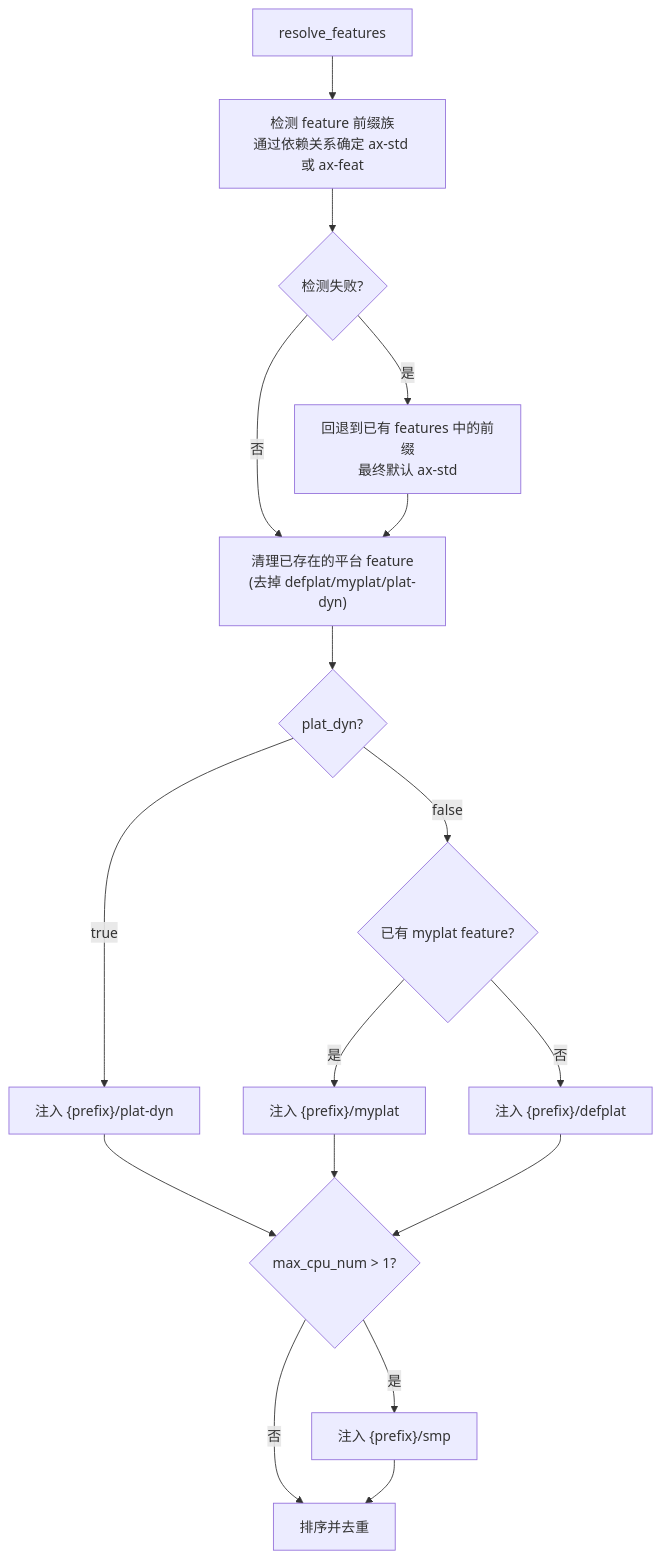
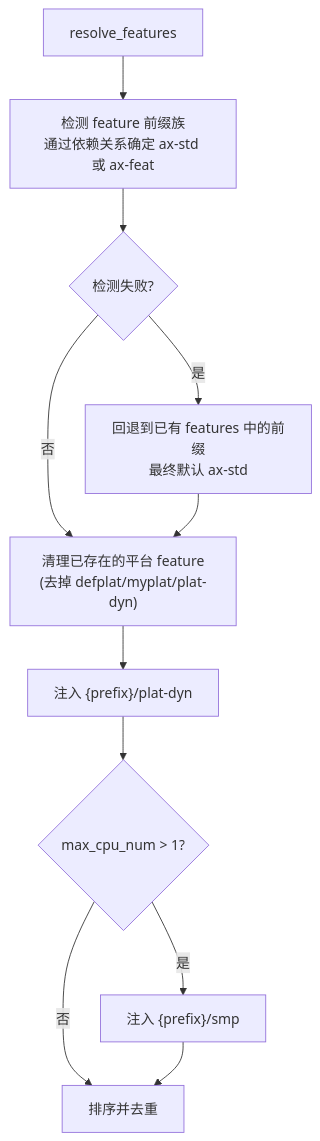
The fourth of 6 diagrams in docs/docs/build/build.md (rcore-os/tgoskits), drawn with Mermaid before and after one commit. The commit also changed other lines of this file and 204 other files, not shown here.

````diff
--- a/docs/docs/build/build.md
+++ b/docs/docs/build/build.md
@@ -144,19 +144,13 @@
 ```mermaid
 flowchart TD
     A[resolve_features] --> B["检测 feature 前缀族<br/>通过依赖关系确定 ax-std 或 ax-feat"]
     B --> B1{检测失败?}
     B1 -->|是| B2["回退到已有 features 中的前缀<br/>最终默认 ax-std"]
     B1 -->|否| C["清理已存在的平台 feature<br/>(去掉 defplat/myplat/plat-dyn)"]
     B2 --> C
-    C --> D{plat_dyn?}
-    D -->|true| E["注入 {prefix}/plat-dyn"]
-    D -->|false| F{已有 myplat feature?}
-    F -->|是| G["注入 {prefix}/myplat"]
-    F -->|否| H["注入 {prefix}/defplat"]
+    C --> E["注入 {prefix}/plat-dyn"]
     E --> I{max_cpu_num > 1?}
-    G --> I
-    H --> I
     I -->|是| J["注入 {prefix}/smp"]
     I -->|否| K["排序并去重"]
     J --> K
 ```
````
